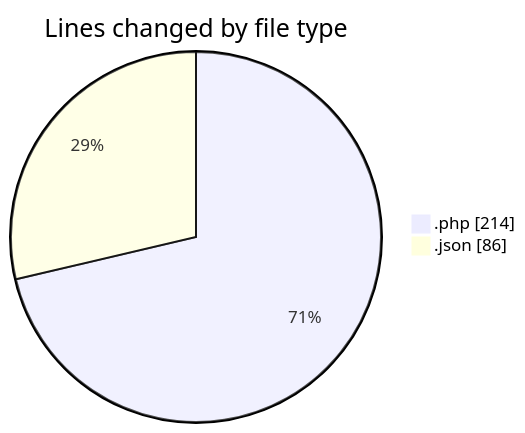
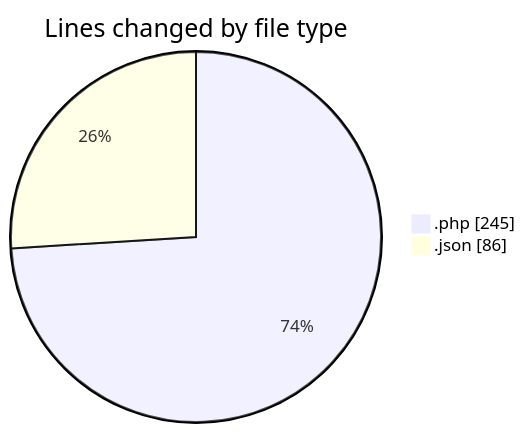
The first of 2 diagrams in 2025-04-11/zeytoon/README.md (vahidmafi/code-tracking), drawn with Mermaid before and after one commit. The commit also changed other lines of this file and 1 other file, not shown here.

````diff
--- a/2025-04-11/zeytoon/README.md
+++ b/2025-04-11/zeytoon/README.md
@@ -23,6 +23,6 @@
 ```mermaid
 pie showData
 title Lines changed by file type
-".php" : 214
+".php" : 245
 ".json" : 86
 ```
````
